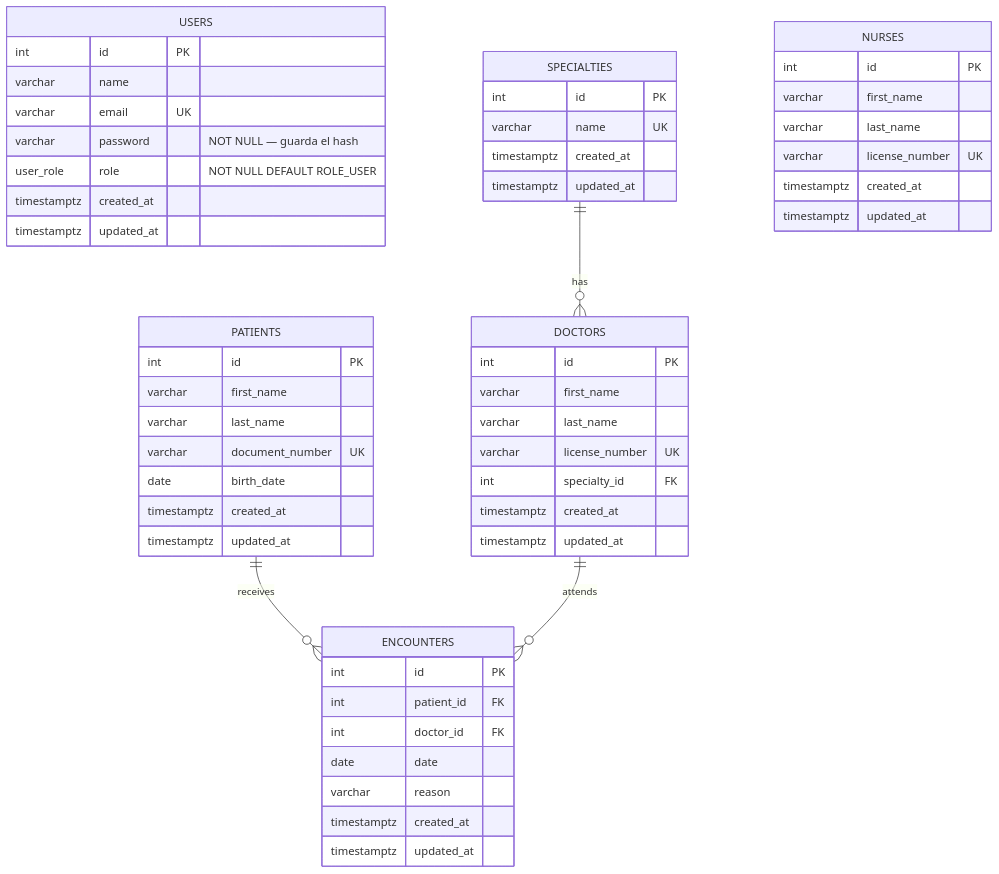
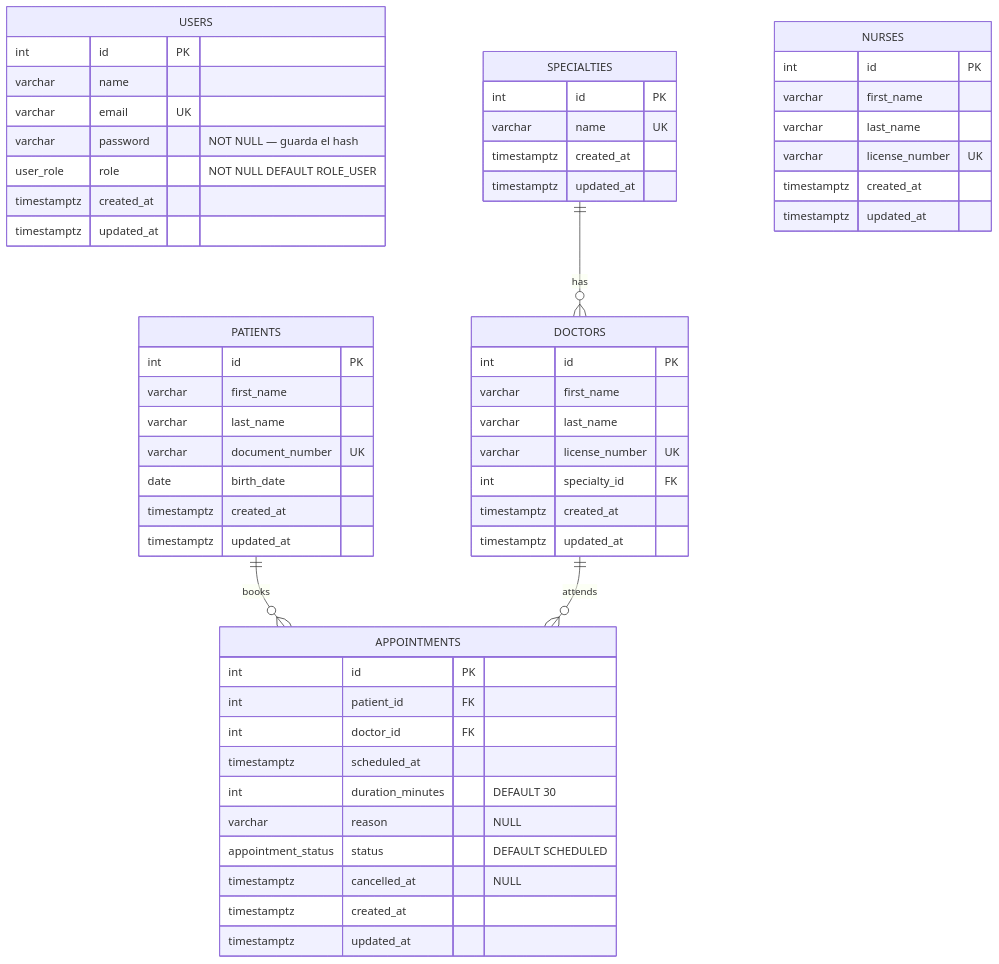
Before and after one commit to aduartekopiustech/node-fullstack-clase-08: the diagram in README.md, drawn with Mermaid. The commit also changed other lines of this file, not shown here.

````diff
--- a/README.md
+++ b/README.md
@@ -285,62 +299,65 @@
 ```mermaid
 erDiagram
     USERS {
         int id PK
         varchar name
         varchar email UK
         varchar password "NOT NULL — guarda el hash"
         user_role role "NOT NULL DEFAULT ROLE_USER"
         timestamptz created_at
         timestamptz updated_at
     }
 
     SPECIALTIES {
         int id PK
         varchar name UK
         timestamptz created_at
         timestamptz updated_at
     }
 
     PATIENTS {
         int id PK
         varchar first_name
         varchar last_name
         varchar document_number UK
         date birth_date
         timestamptz created_at
         timestamptz updated_at
     }
 
     DOCTORS {
         int id PK
         varchar first_name
         varchar last_name
         varchar license_number UK
         int specialty_id FK
         timestamptz created_at
         timestamptz updated_at
     }
 
     NURSES {
         int id PK
         varchar first_name
         varchar last_name
         varchar license_number UK
         timestamptz created_at
         timestamptz updated_at
     }
 
-    ENCOUNTERS {
+    APPOINTMENTS {
         int id PK
         int patient_id FK
         int doctor_id FK
-        date date
-        varchar reason
+        timestamptz scheduled_at
+        int duration_minutes "DEFAULT 30"
+        varchar reason "NULL"
+        appointment_status status "DEFAULT SCHEDULED"
+        timestamptz cancelled_at "NULL"
         timestamptz created_at
         timestamptz updated_at
     }
 
     SPECIALTIES ||--o{ DOCTORS : "has"
-    PATIENTS ||--o{ ENCOUNTERS : "receives"
-    DOCTORS ||--o{ ENCOUNTERS : "attends"
+    PATIENTS ||--o{ APPOINTMENTS : "books"
+    DOCTORS ||--o{ APPOINTMENTS : "attends"
 ```
````
